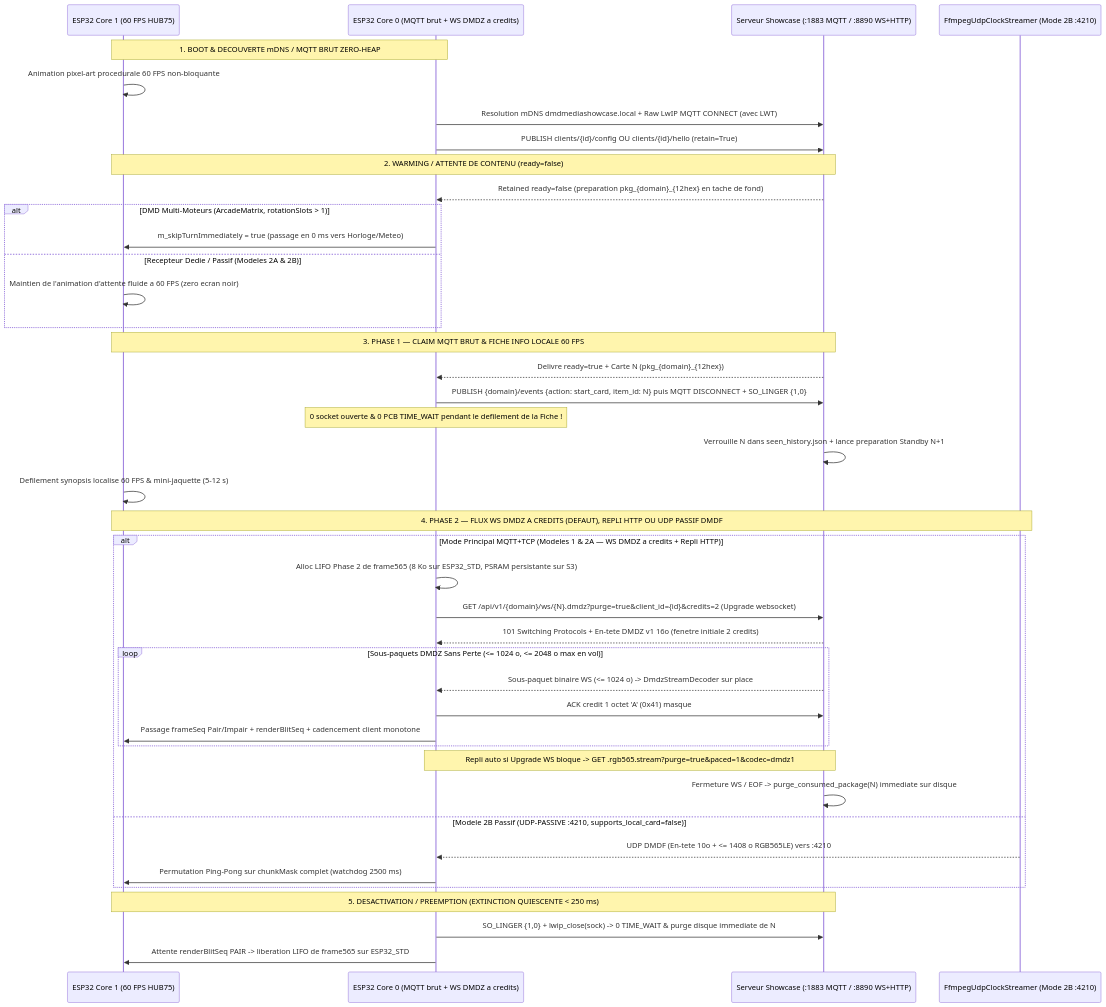
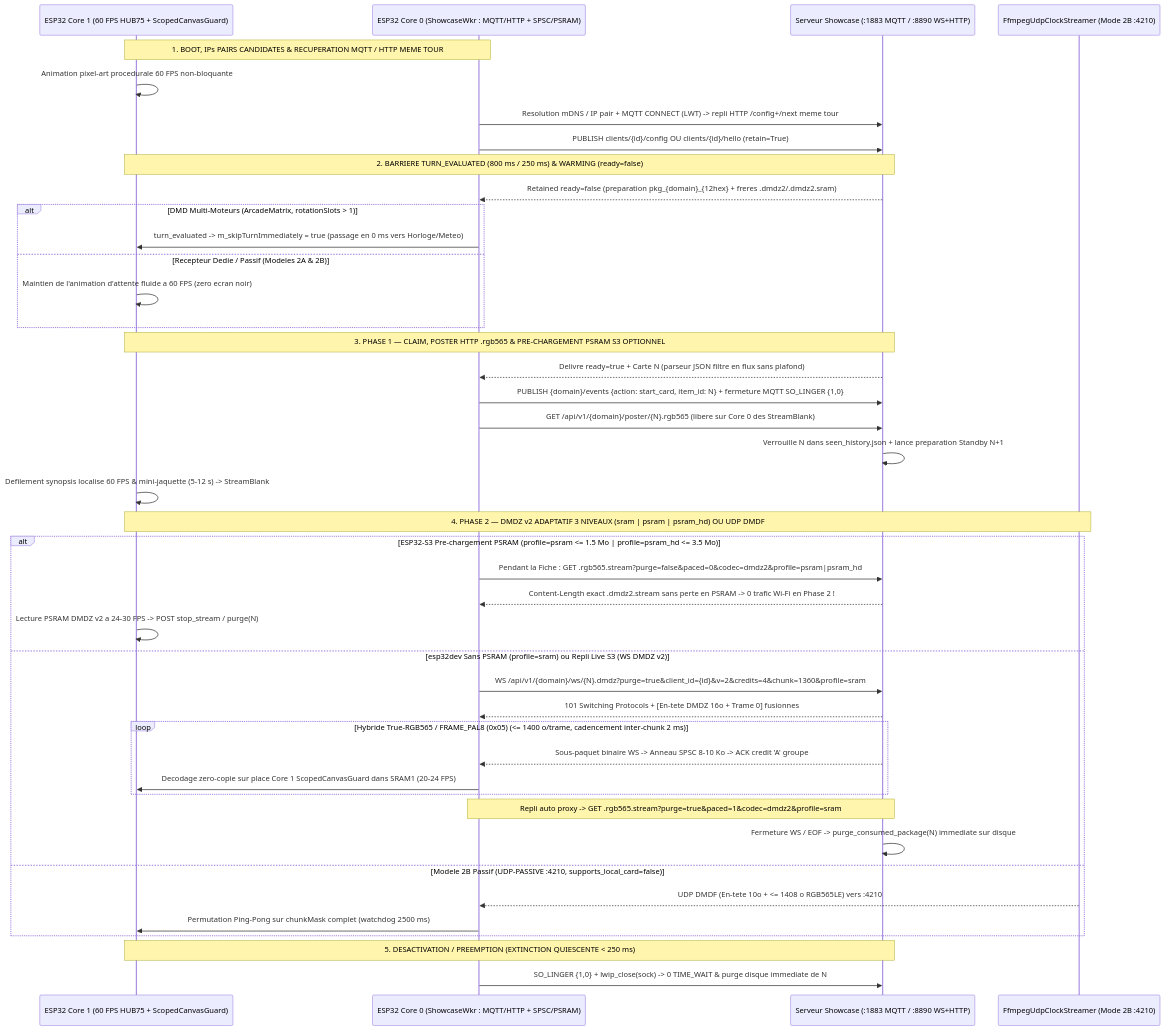
Before and after one commit to red77290/dmd_media_showcase: the first of 2 diagrams in docs/ESP32_INTEGRATION_FR.md, drawn with Mermaid. The commit also changed other lines of this file and 28 other files, not shown here.

Commit message:
feat(stream): add 3-tier sram/psram/psram_hd profiles, FRAME_PAL8 (0x05) hybrid codec, and WS header coalescing

````diff
--- a/docs/ESP32_INTEGRATION_FR.md
+++ b/docs/ESP32_INTEGRATION_FR.md
@@ -148,48 +150,49 @@
 ```mermaid
 sequenceDiagram
-    participant C1 as ESP32 Core 1 (60 FPS HUB75)
-    participant C0 as ESP32 Core 0 (MQTT brut + WS DMDZ a credits)
+    participant C1 as ESP32 Core 1 (60 FPS HUB75 + ScopedCanvasGuard)
+    participant C0 as ESP32 Core 0 (ShowcaseWkr : MQTT/HTTP + SPSC/PSRAM)
     participant SRV as Serveur Showcase (:1883 MQTT / :8890 WS+HTTP)
     participant UDP as FfmpegUdpClockStreamer (Mode 2B :4210)
 
-    Note over C1,C0: 1. BOOT & DECOUVERTE mDNS / MQTT BRUT ZERO-HEAP
+    Note over C1,C0: 1. BOOT, IPs PAIRS CANDIDATES & RECUPERATION MQTT / HTTP MEME TOUR
     C1->>C1: Animation pixel-art procedurale 60 FPS non-bloquante
-    C0->>SRV: Resolution mDNS dmdmediashowcase.local + Raw LwIP MQTT CONNECT (avec LWT)
+    C0->>SRV: Resolution mDNS / IP pair + MQTT CONNECT (LWT) -> repli HTTP /config+/next meme tour
     C0->>SRV: PUBLISH clients/{id}/config OU clients/{id}/hello (retain=True)
 
-    Note over C1,SRV: 2. WARMING / ATTENTE DE CONTENU (ready=false)
-    SRV-->>C0: Retained ready=false (preparation pkg_{domain}_{12hex} en tache de fond)
+    Note over C1,SRV: 2. BARRIERE TURN_EVALUATED (800 ms / 250 ms) & WARMING (ready=false)
+    SRV-->>C0: Retained ready=false (preparation pkg_{domain}_{12hex} + freres .dmdz2/.dmdz2.sram)
     alt DMD Multi-Moteurs (ArcadeMatrix, rotationSlots > 1)
-        C0->>C1: m_skipTurnImmediately = true (passage en 0 ms vers Horloge/Meteo)
+        C0->>C1: turn_evaluated -> m_skipTurnImmediately = true (passage en 0 ms vers Horloge/Meteo)
     else Recepteur Dedie / Passif (Modeles 2A & 2B)
         C1->>C1: Maintien de l'animation d'attente fluide a 60 FPS (zero ecran noir)
     end
 
-    Note over C1,SRV: 3. PHASE 1 — CLAIM MQTT BRUT & FICHE INFO LOCALE 60 FPS
-    SRV-->>C0: Delivre ready=true + Carte N (pkg_{domain}_{12hex})
-    C0->>SRV: PUBLISH {domain}/events {action: start_card, item_id: N} puis MQTT DISCONNECT + SO_LINGER {1,0}
-    Note over C0: 0 socket ouverte & 0 PCB TIME_WAIT pendant le defilement de la Fiche !
+    Note over C1,SRV: 3. PHASE 1 — CLAIM, POSTER HTTP .rgb565 & PRE-CHARGEMENT PSRAM S3 OPTIONNEL
+    SRV-->>C0: Delivre ready=true + Carte N (parseur JSON filtre en flux sans plafond)
+    C0->>SRV: PUBLISH {domain}/events {action: start_card, item_id: N} + fermeture MQTT SO_LINGER {1,0}
+    C0->>SRV: GET /api/v1/{domain}/poster/{N}.rgb565 (libere sur Core 0 des StreamBlank)
     SRV->>SRV: Verrouille N dans seen_history.json + lance preparation Standby N+1
-    C1->>C1: Defilement synopsis localise 60 FPS & mini-jaquette (5-12 s)
+    C1->>C1: Defilement synopsis localise 60 FPS & mini-jaquette (5-12 s) -> StreamBlank
 
-    Note over C1,UDP: 4. PHASE 2 — FLUX WS DMDZ A CREDITS (DEFAUT), REPLI HTTP OU UDP PASSIF DMDF
-    alt Mode Principal MQTT+TCP (Modeles 1 & 2A — WS DMDZ a credits + Repli HTTP)
-        C0->>C0: Alloc LIFO Phase 2 de frame565 (8 Ko sur ESP32_STD, PSRAM persistante sur S3)
-        C0->>SRV: GET /api/v1/{domain}/ws/{N}.dmdz?purge=true&client_id={id}&credits=2 (Upgrade websocket)
-        SRV-->>C0: 101 Switching Protocols + En-tete DMDZ v1 16o (fenetre initiale 2 credits)
-        loop Sous-paquets DMDZ Sans Perte (<= 1024 o, <= 2048 o max en vol)
-            SRV-->>C0: Sous-paquet binaire WS (<= 1024 o) -> DmdzStreamDecoder sur place
-            C0->>SRV: ACK credit 1 octet 'A' (0x41) masque
-            C0->>C1: Passage frameSeq Pair/Impair + renderBlitSeq + cadencement client monotone
+    Note over C1,UDP: 4. PHASE 2 — DMDZ v2 ADAPTATIF 3 NIVEAUX (sram | psram | psram_hd) OU UDP DMDF
+    alt ESP32-S3 Pre-chargement PSRAM (profile=psram <= 1.5 Mo | profile=psram_hd <= 3.5 Mo)
+        C0->>SRV: Pendant la Fiche : GET .rgb565.stream?purge=false&paced=0&codec=dmdz2&profile=psram|psram_hd
+        SRV-->>C0: Content-Length exact .dmdz2.stream sans perte en PSRAM -> 0 trafic Wi-Fi en Phase 2 !
+        C1->>C1: Lecture PSRAM DMDZ v2 a 24-30 FPS -> POST stop_stream / purge(N)
+    else esp32dev Sans PSRAM (profile=sram) ou Repli Live S3 (WS DMDZ v2)
+        C0->>SRV: WS /api/v1/{domain}/ws/{N}.dmdz?purge=true&client_id={id}&v=2&credits=4&chunk=1360&profile=sram
+        SRV-->>C0: 101 Switching Protocols + [En-tete DMDZ 16o + Trame 0] fusionnes
+        loop Hybride True-RGB565 / FRAME_PAL8 (0x05) (<= 1400 o/trame, cadencement inter-chunk 2 ms)
+            SRV-->>C0: Sous-paquet binaire WS -> Anneau SPSC 8-10 Ko -> ACK credit 'A' groupe
+            C0->>C1: Decodage zero-copie sur place Core 1 ScopedCanvasGuard dans SRAM1 (20-24 FPS)
         end
-        Note over C0,SRV: Repli auto si Upgrade WS bloque -> GET .rgb565.stream?purge=true&paced=1&codec=dmdz1
+        Note over C0,SRV: Repli auto proxy -> GET .rgb565.stream?purge=true&paced=1&codec=dmdz2&profile=sram
         SRV->>SRV: Fermeture WS / EOF -> purge_consumed_package(N) immediate sur disque
     else Modele 2B Passif (UDP-PASSIVE :4210, supports_local_card=false)
         UDP-->>C0: UDP DMDF (En-tete 10o + <= 1408 o RGB565LE) vers :4210
         C0->>C1: Permutation Ping-Pong sur chunkMask complet (watchdog 2500 ms)
     end
 
     Note over C1,SRV: 5. DESACTIVATION / PREEMPTION (EXTINCTION QUIESCENTE < 250 ms)
     C0->>SRV: SO_LINGER {1,0} + lwip_close(sock) -> 0 TIME_WAIT & purge disque immediate de N
-    C0->>C1: Attente renderBlitSeq PAIR -> liberation LIFO de frame565 sur ESP32_STD
 ```
````
